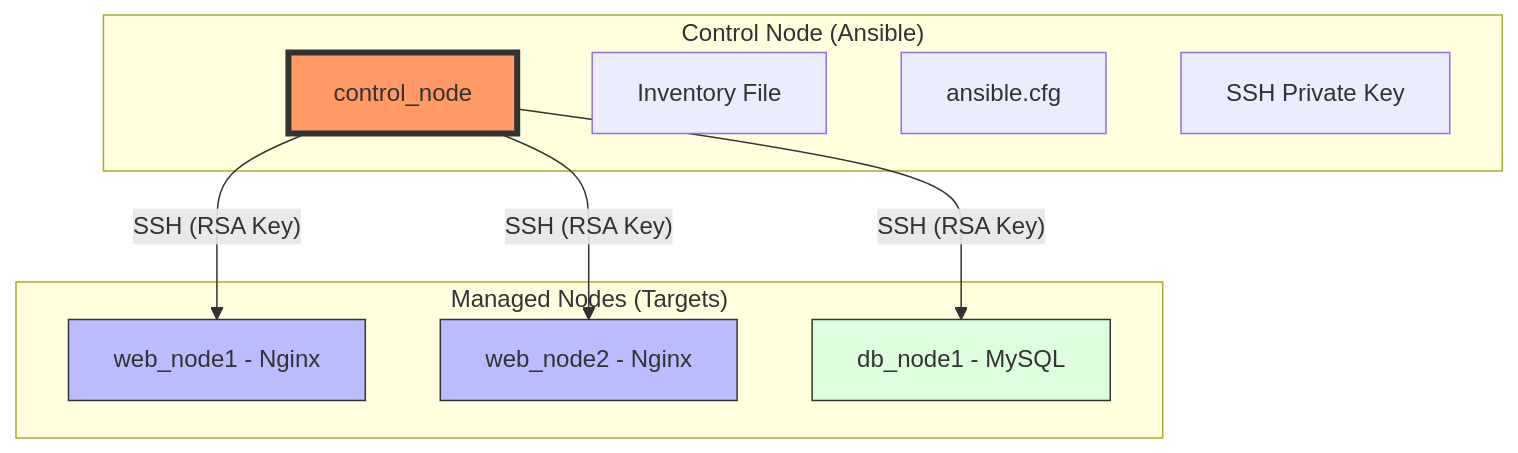
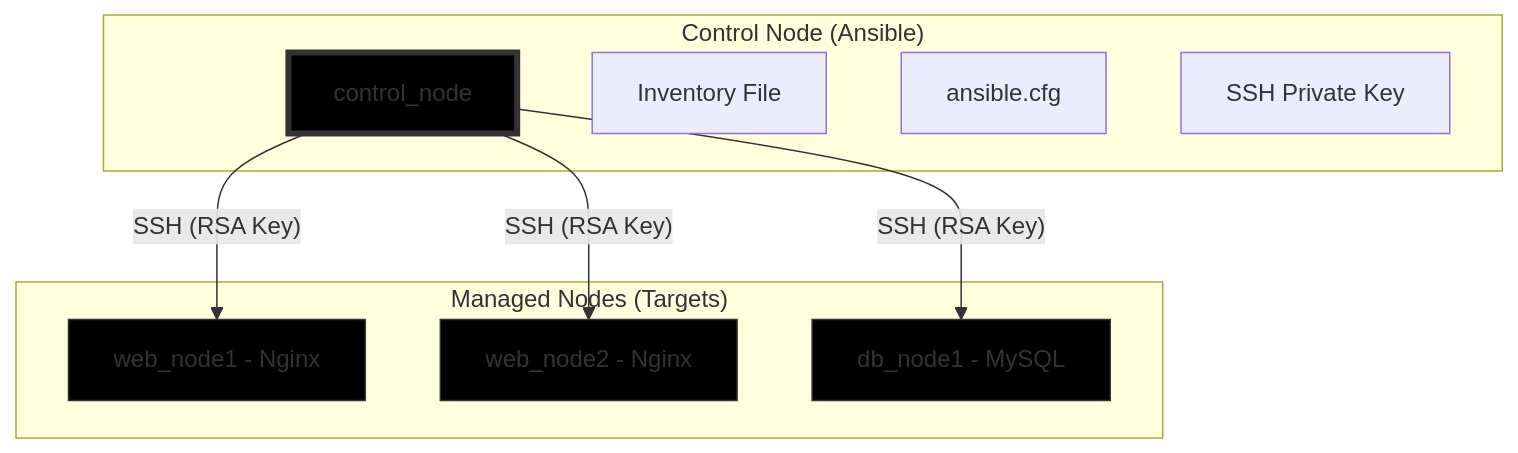
Before and after one commit to sawnaytharpoe02/ansible-lab: the diagram in Learning.md, drawn with Mermaid.

Commit message:
Change node styles to black in Learning.md
Updated styles for CN, WN1, WN2, and DB1 to use black color.

````diff
--- a/Learning.md
+++ b/Learning.md
@@ -11,24 +11,24 @@
 ```mermaid
 graph TD
     subgraph "Control Node (Ansible)"
         CN[control_node]
         INV[Inventory File]
         CFG[ansible.cfg]
         KEY[SSH Private Key]
     end
 
     subgraph "Managed Nodes (Targets)"
         WN1[web_node1 - Nginx]
         WN2[web_node2 - Nginx]
         DB1[db_node1 - MySQL]
     end
 
     CN -- "SSH (RSA Key)" --> WN1
     CN -- "SSH (RSA Key)" --> WN2
     CN -- "SSH (RSA Key)" --> DB1
 
-    style CN fill:#f96,stroke:#333,stroke-width:4px
-    style WN1 fill:#bbf,stroke:#333
-    style WN2 fill:#bbf,stroke:#333
-    style DB1 fill:#dfd,stroke:#333
+    style CN fill:#000,stroke:#333,stroke-width:4px
+    style WN1 fill:#000,stroke:#333
+    style WN2 fill:#000,stroke:#333
+    style DB1 fill:#000,stroke:#333
 ```
````
